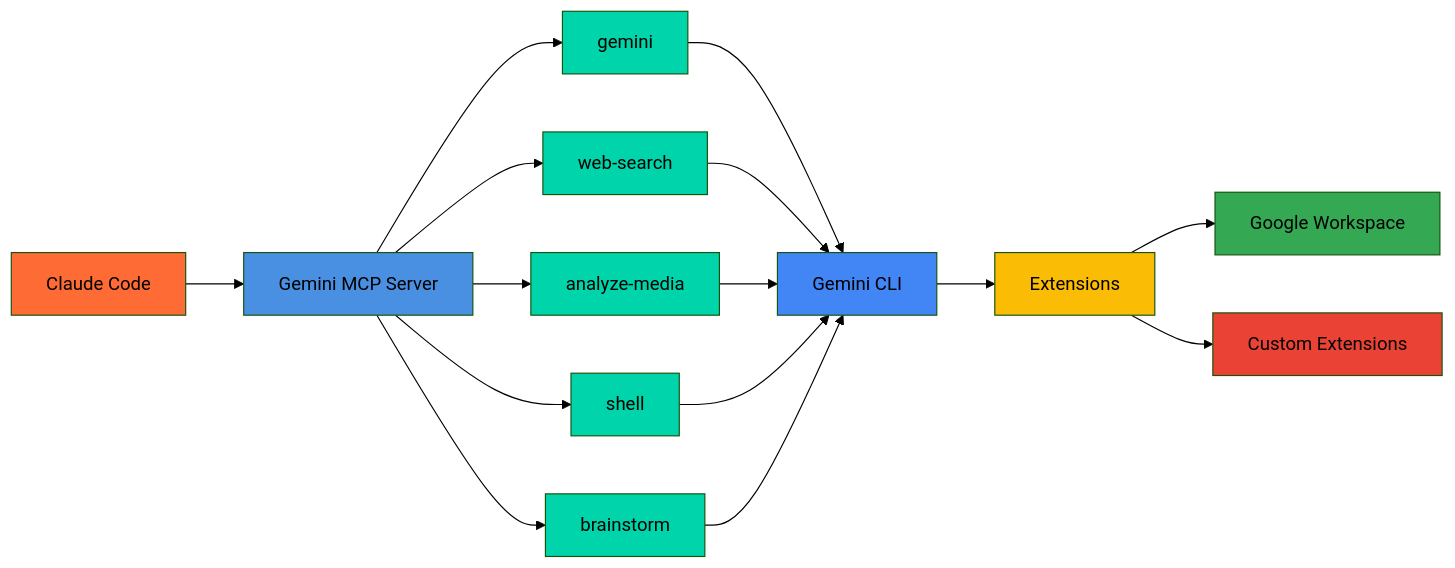
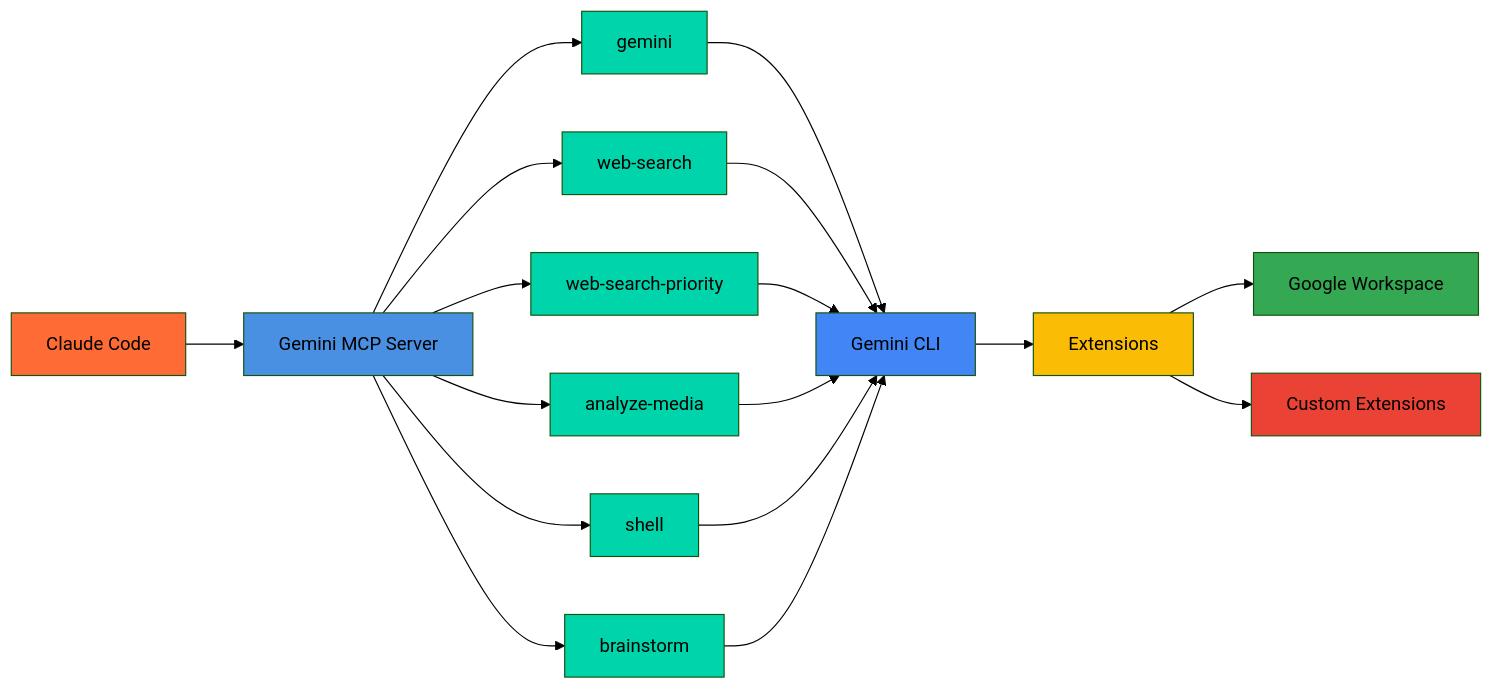
The diagram in README.md (tuannvm/gemini-mcp-server), drawn with Mermaid (forest theme) before and after one commit. The commit also changed other lines of this file and 5 other files, not shown here.

Commit message:
feat(tools): add web-search-priority tool with filters and schema

````diff
--- a/README.md
+++ b/README.md
@@ -9,29 +9,32 @@
 ```mermaid
 graph LR
     A[Claude Code] --> B[Gemini MCP Server]
     B --> C[gemini]
     B --> S[web-search]
+    B --> SP[web-search-priority]
     B --> M[analyze-media]
     B --> SH[shell]
     B --> D[brainstorm]
     C --> H[Gemini CLI]
     S --> H
+    SP --> H
     M --> H
     SH --> H
     D --> H
     H --> E[Extensions]
     E --> W[Google Workspace]
     E --> X[Custom Extensions]
 
     style A fill:#FF6B35
     style B fill:#4A90E2
     style C fill:#00D4AA
     style S fill:#00D4AA
+    style SP fill:#00D4AA
     style M fill:#00D4AA
     style SH fill:#00D4AA
     style D fill:#00D4AA
     style H fill:#4285F4
     style E fill:#FBBC05
     style W fill:#34A853
     style X fill:#EA4335
 ```
````
